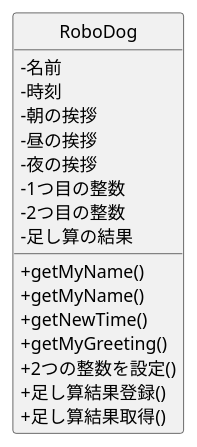
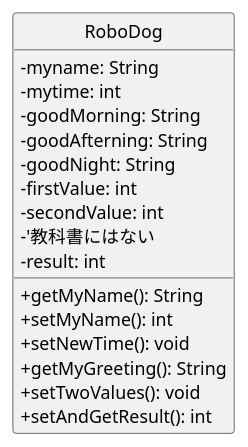
One commit to KanouYoshiki/ohara_uml changed the diagram in 06_robo_dog/class.pu. Above: the diagram before and after it, drawn with PlantUML.

```diff
--- a/06_robo_dog/class.pu
+++ b/06_robo_dog/class.pu
@@ -1,24 +1,25 @@
 @startuml Robodogクラス図
 skinparam classAttributeIconSize 0
 hide circle
 
 class RoboDog {
- -名前
- -時刻
- -朝の挨拶
- -昼の挨拶
- -夜の挨拶
- -1つ目の整数
- -2つ目の整数
- -足し算の結果
-
- +getMyName()
- +getMyName()
- +getNewTime()
- +getMyGreeting()
- +2つの整数を設定()
- +足し算結果登録()
- +足し算結果取得()
+-myname: String
+-mytime: int
+-goodMorning: String
+-goodAfterning: String
+-goodNight: String
+-firstValue: int
+-secondValue: int
+-'教科書にはない
+-result: int
+ 
++getMyName(): String
++setMyName(): int
++setNewTime(): void
++getMyGreeting(): String
+'教科書にはない
++setTwoValues(): void
++setAndGetResult(): int
 }
 
 @enduml
```
